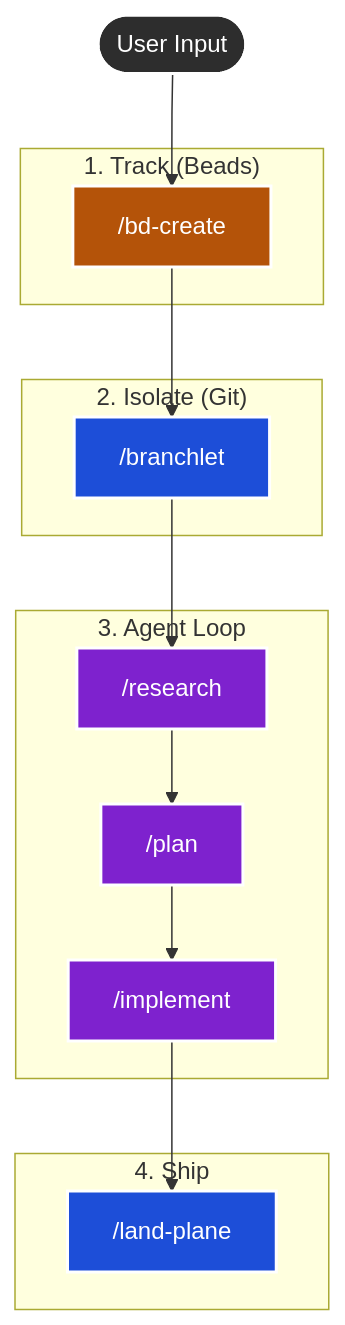
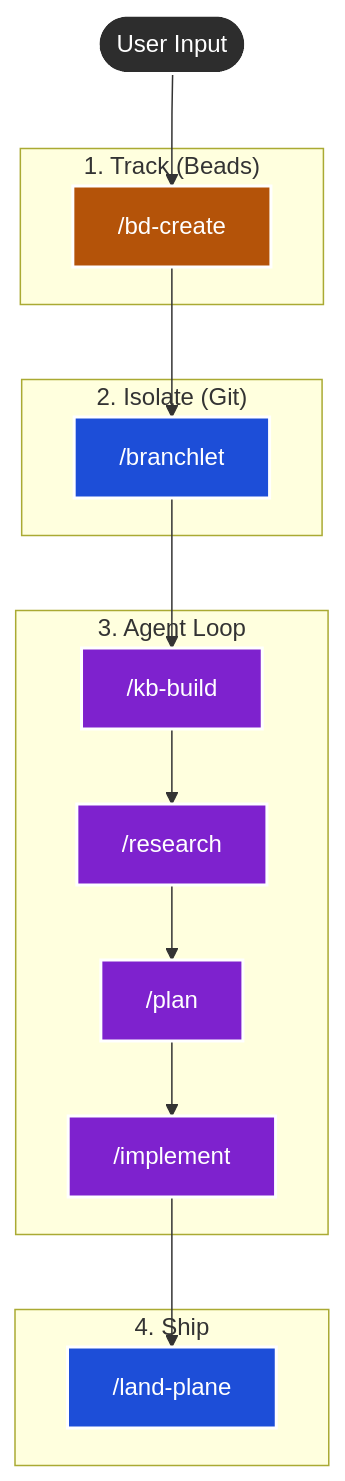
One commit to jveko/amp-maestro changed the diagram in README.md. Above: the diagram before and after it, drawn with Mermaid. The commit also changed other lines of this file and 17 other files, not shown here.

````diff
--- a/README.md
+++ b/README.md
@@ -11,31 +11,32 @@
 ```mermaid
 graph TD
     %% Styling for Dark Mode / High Contrast
     classDef default fill:#2d2d2d,stroke:#fff,stroke-width:2px,color:#fff;
     classDef bead fill:#b45309,stroke:#fff,stroke-width:2px,color:#fff; %% Orange/Brown
     classDef git fill:#1d4ed8,stroke:#fff,stroke-width:2px,color:#fff; %% Blue
     classDef amp fill:#7e22ce,stroke:#fff,stroke-width:2px,color:#fff; %% Purple
 
     New([User Input]) --> Create
     
     subgraph "1. Track (Beads)"
         Create["/bd-create"]:::bead
     end
 
     subgraph "2. Isolate (Git)"
         Worktree["/branchlet"]:::git
     end
 
     subgraph "3. Agent Loop"
-        Research["/research"]:::amp --> Plan["/plan"]:::amp
+        KB["/kb-build"]:::amp --> Research["/research"]:::amp
+        Research --> Plan["/plan"]:::amp
         Plan --> Implement["/implement"]:::amp
     end
     
     subgraph "4. Ship"
         Land["/land-plane"]:::git
     end
 
     Create --> Worktree
-    Worktree --> Research
+    Worktree --> KB
     Implement --> Land
 ```
````
